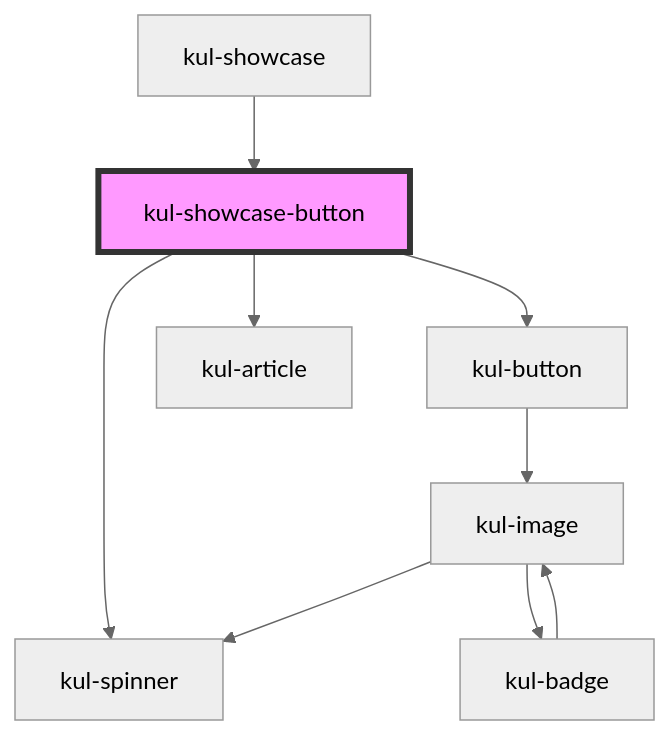
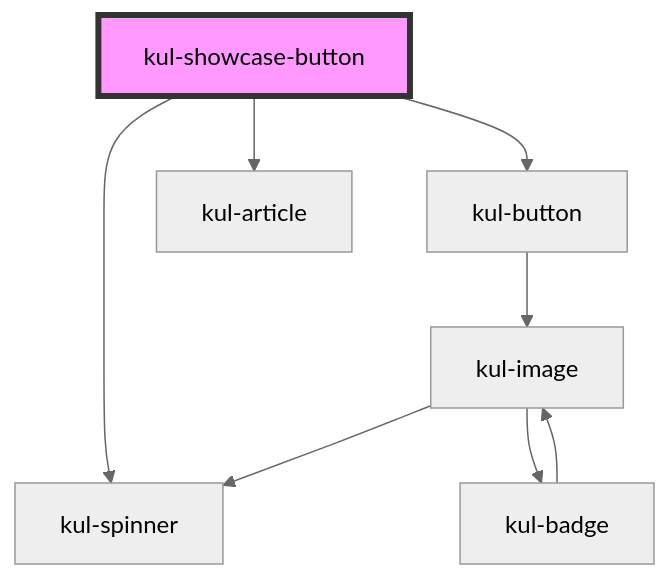
The diagram in packages/ketchup-lite/src/components/kul-showcase/components/button/readme.md (smeup/ketchup), drawn with Mermaid (neutral theme) before and after one commit. The commit also changed other lines of this file and 25 other files, not shown here.

````diff
--- a/packages/ketchup-lite/src/components/kul-showcase/components/button/readme.md
+++ b/packages/ketchup-lite/src/components/kul-showcase/components/button/readme.md
@@ -34,12 +30,11 @@
 ```mermaid
 graph TD;
   kul-showcase-button --> kul-button
   kul-showcase-button --> kul-spinner
   kul-showcase-button --> kul-article
   kul-button --> kul-image
   kul-image --> kul-spinner
   kul-image --> kul-badge
   kul-badge --> kul-image
-  kul-showcase --> kul-showcase-button
   style kul-showcase-button fill:#f9f,stroke:#333,stroke-width:4px
 ```
````
